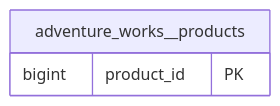
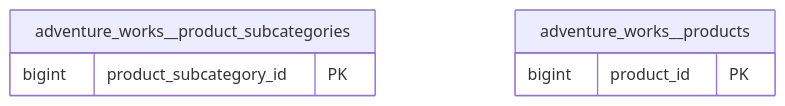
Before and after one commit to mattiasthalen/declarative-data-platform: the first of 3 diagrams in README.md, drawn with Mermaid. The commit also changed 5 other files, not shown here.

First line of the commit message:
Land and conform ProductSubcategories, pulled whole

````diff
--- a/README.md
+++ b/README.md
@@ -30,6 +30,9 @@
 ```mermaid
 erDiagram
+  adventure_works__product_subcategories {
+    bigint product_subcategory_id PK
+  }
   adventure_works__products {
     bigint product_id PK
   }
 ```
````
